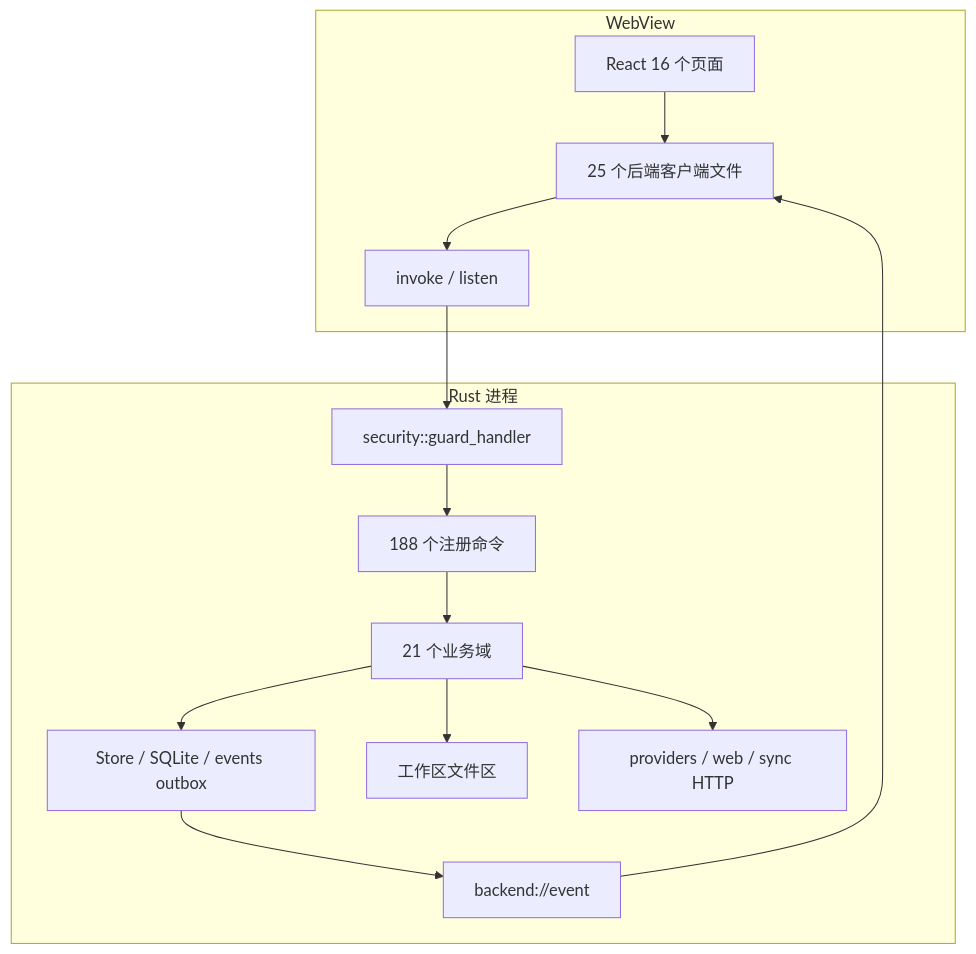
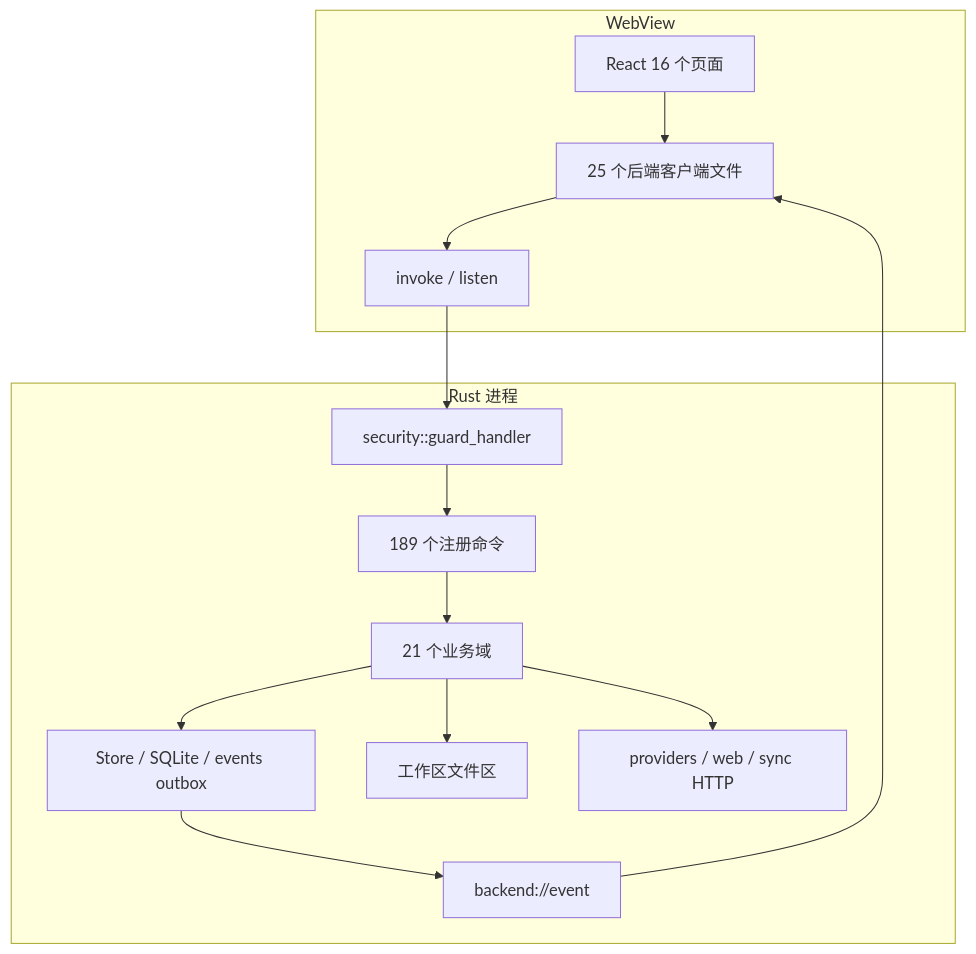
One commit to hershate/Deep-tutor changed the first of 5 diagrams in docs/architecture/01-architecture.md. Above: the diagram before and after it, drawn with Mermaid. The commit also changed other lines of this file and 12 other files, not shown here.

````diff
--- a/docs/architecture/01-architecture.md
+++ b/docs/architecture/01-architecture.md
@@ -9,17 +9,17 @@
 ```mermaid
 graph TD
     subgraph WebView
         P[React 16 个页面] --> CL[25 个后端客户端文件]
         CL --> IP[invoke / listen]
     end
     subgraph Rust 进程
         IP --> GH[security::guard_handler]
-        GH --> CMD[188 个注册命令]
+        GH --> CMD[189 个注册命令]
         CMD --> DOM[21 个业务域]
         DOM --> ST[Store / SQLite / events outbox]
         DOM --> FS[工作区文件区]
         DOM --> NET[providers / web / sync HTTP]
         ST --> EMIT[backend://event]
     end
     EMIT --> CL
 ```
````
